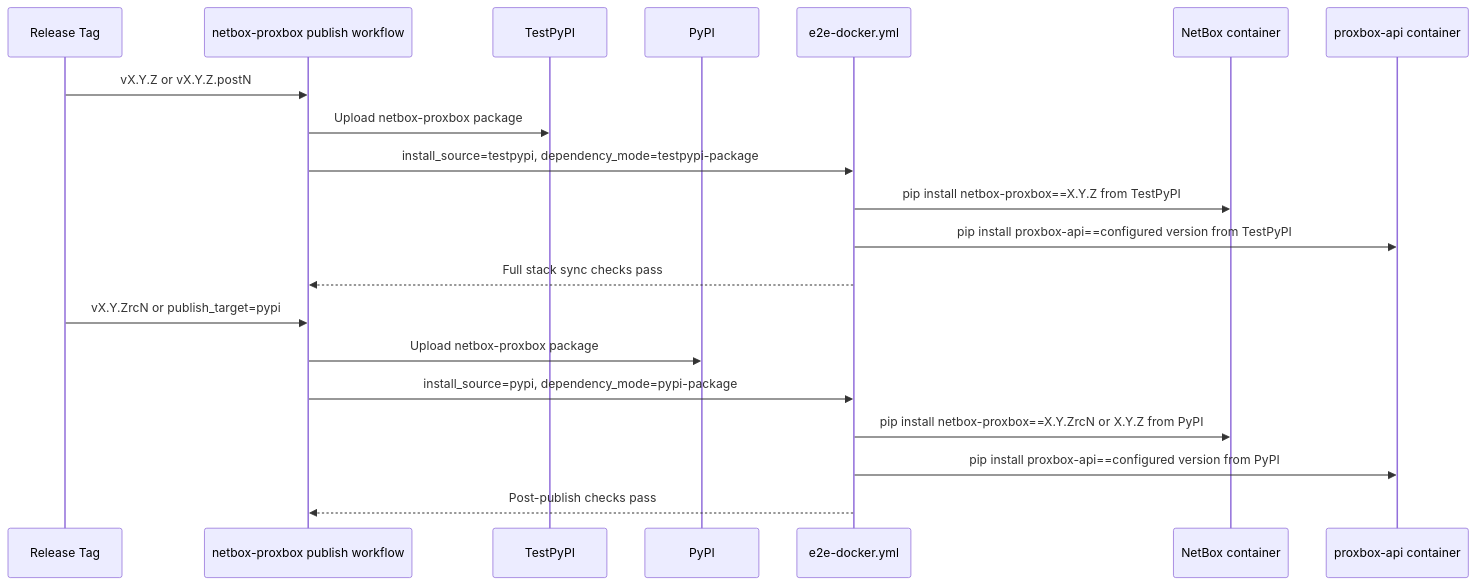
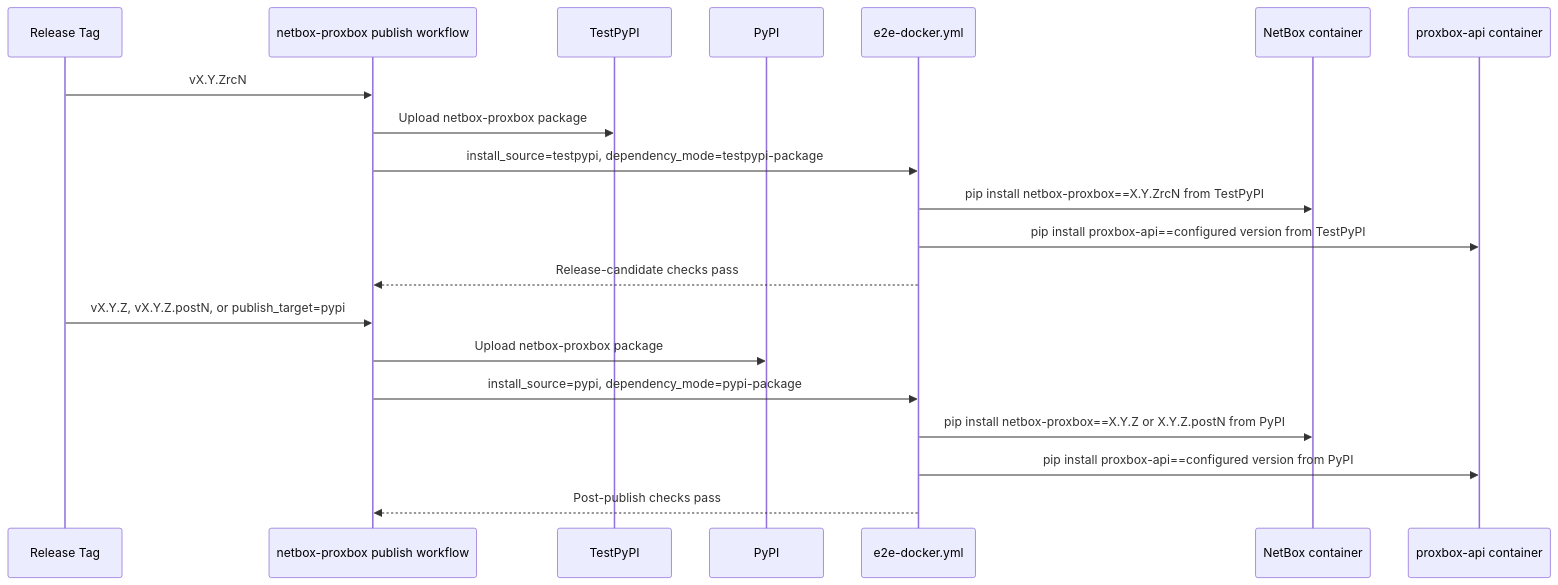
The second of 2 diagrams in docs/developer/release-publishing.md (emersonfelipesp/netbox-proxbox), drawn with Mermaid before and after one commit. The commit also changed other lines of this file and 2 other files, not shown here.

First line of the commit message:
docs(release): flip publish convention to rcN -> TestPyPI, non-rc -> PyPI

````diff
--- a/docs/developer/release-publishing.md
+++ b/docs/developer/release-publishing.md
@@ -52,24 +44,24 @@
 ```mermaid
 sequenceDiagram
     participant Tag as Release Tag
     participant WF as netbox-proxbox publish workflow
     participant TP as TestPyPI
     participant PY as PyPI
     participant E2E as e2e-docker.yml
     participant NB as NetBox container
     participant API as proxbox-api container
 
-    Tag->>WF: vX.Y.Z or vX.Y.Z.postN
+    Tag->>WF: vX.Y.ZrcN
     WF->>TP: Upload netbox-proxbox package
     WF->>E2E: install_source=testpypi, dependency_mode=testpypi-package
-    E2E->>NB: pip install netbox-proxbox==X.Y.Z from TestPyPI
+    E2E->>NB: pip install netbox-proxbox==X.Y.ZrcN from TestPyPI
     E2E->>API: pip install proxbox-api==configured version from TestPyPI
-    E2E-->>WF: Full stack sync checks pass
+    E2E-->>WF: Release-candidate checks pass
 
-    Tag->>WF: vX.Y.ZrcN or publish_target=pypi
+    Tag->>WF: vX.Y.Z, vX.Y.Z.postN, or publish_target=pypi
     WF->>PY: Upload netbox-proxbox package
     WF->>E2E: install_source=pypi, dependency_mode=pypi-package
-    E2E->>NB: pip install netbox-proxbox==X.Y.ZrcN or X.Y.Z from PyPI
+    E2E->>NB: pip install netbox-proxbox==X.Y.Z or X.Y.Z.postN from PyPI
     E2E->>API: pip install proxbox-api==configured version from PyPI
     E2E-->>WF: Post-publish checks pass
 ```
````
